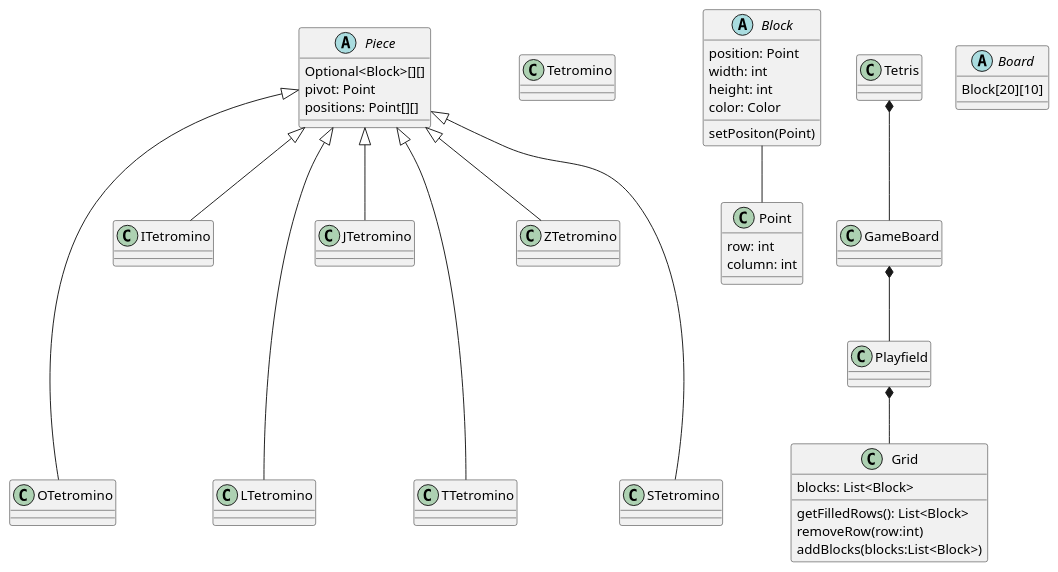
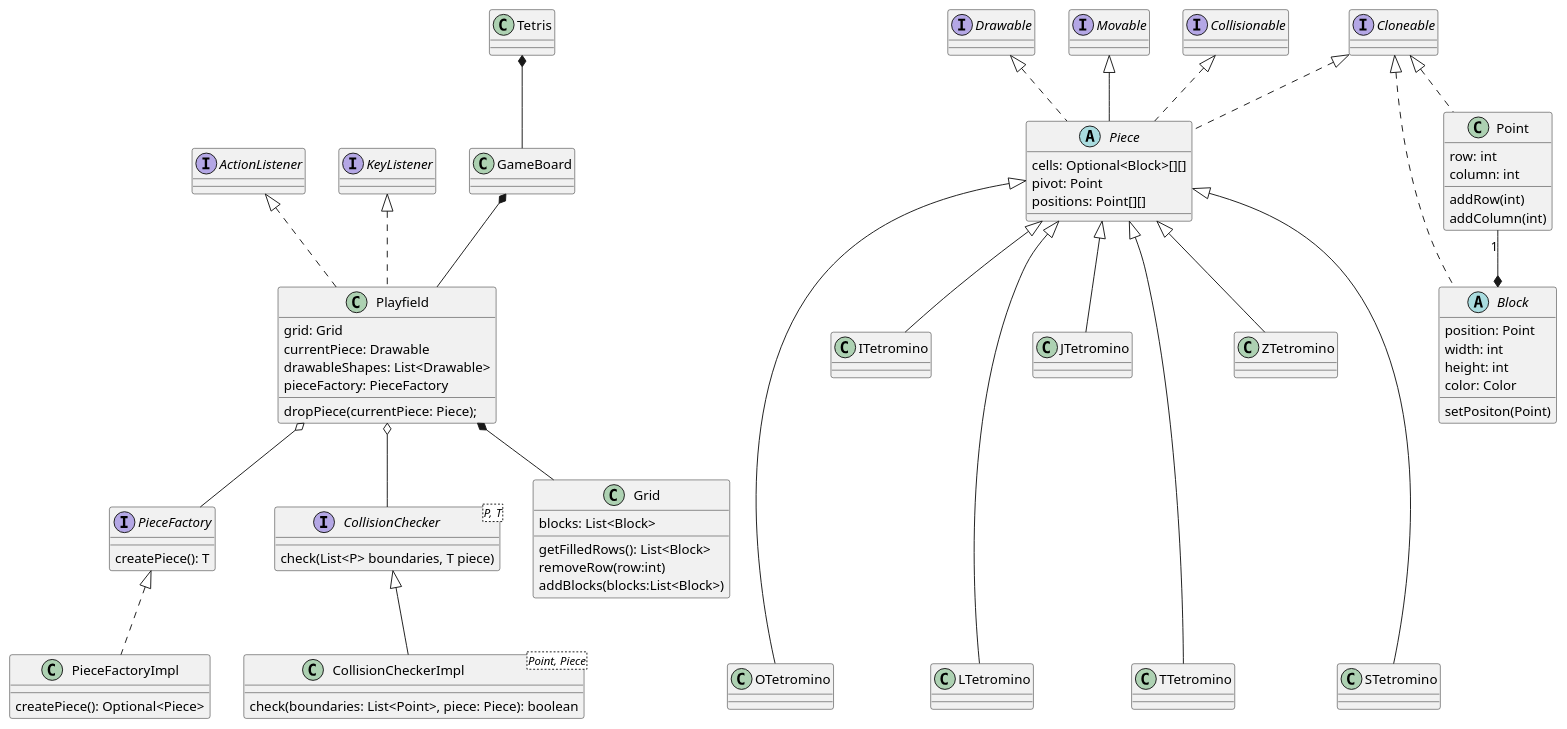
The diagram in src/main/java/tetris.puml (azambrana/tetris), drawn with PlantUML before and after one commit. The commit also changed 2 other files, not shown here.

Commit message:
update class diagram

```diff
--- a/src/main/java/tetris.puml
+++ b/src/main/java/tetris.puml
@@ -1,56 +1,103 @@
 @startuml
 'https://plantuml.com/class-diagram
 
+interface ActionListener
+interface KeyListener
+interface Cloneable
+interface Drawable
+interface Movable
+interface Collisionable
+interface PieceFactory
+interface CollisionChecker
+
 abstract Piece
-class Tetromino
 abstract Block
 class Point
 class GameBoard
 class Tetris
 class Grid
+class PieceFactoryImpl
 
+Cloneable <|.. Point
+Cloneable <|... Block
+Cloneable <|.. Piece
+Drawable <|.. Piece
+Collisionable <|.. Piece
+Movable <|-- Piece
+
+CollisionChecker <|-- CollisionCheckerImpl
 Piece <|---- OTetromino
 Piece <|-- ITetromino
 Piece <|---- LTetromino
 Piece <|-- JTetromino
 Piece <|---- TTetromino
 Piece <|-- ZTetromino
 Piece <|---- STetromino
 
-Block -- Point
+Point "1" --* Block
 Tetris *-- GameBoard
 GameBoard *-- Playfield
 Playfield *-- Grid
+Playfield o-- PieceFactory
+Playfield o-- CollisionChecker
+KeyListener <|.. Playfield
+ActionListener <|.. Playfield
+
+PieceFactory <|.. PieceFactoryImpl
+
+class Playfield {
+    grid: Grid
+    currentPiece: Drawable
+    drawableShapes: List<Drawable>
+    pieceFactory: PieceFactory
+
+    dropPiece(currentPiece: Piece);
+}
 
 class Grid {
     blocks: List<Block>
     getFilledRows(): List<Block>
     removeRow(row:int)
     addBlocks(blocks:List<Block>)
 }
 
-abstract Board {
-    Block[20][10]
-}
-
 abstract Piece {
-    Optional<Block>[][]
+    cells: Optional<Block>[][]
     pivot: Point
     positions: Point[][]
 }
 
 class Point {
     row: int
     column: int
+
+    addRow(int)
+    addColumn(int)
 }
 
 abstract Block {
     position: Point
     width: int
     height: int
     color: Color
 
     setPositon(Point)
 }
 
+interface PieceFactory {
+    createPiece(): T
+}
+
+class PieceFactoryImpl {
+    createPiece(): Optional<Piece>
+}
+
+interface CollisionChecker<P, T> {
+    check(List<P> boundaries, T piece)
+}
+
+class CollisionCheckerImpl<Point, Piece> {
+    check(boundaries: List<Point>, piece: Piece): boolean
+}
+
 @enduml
```
